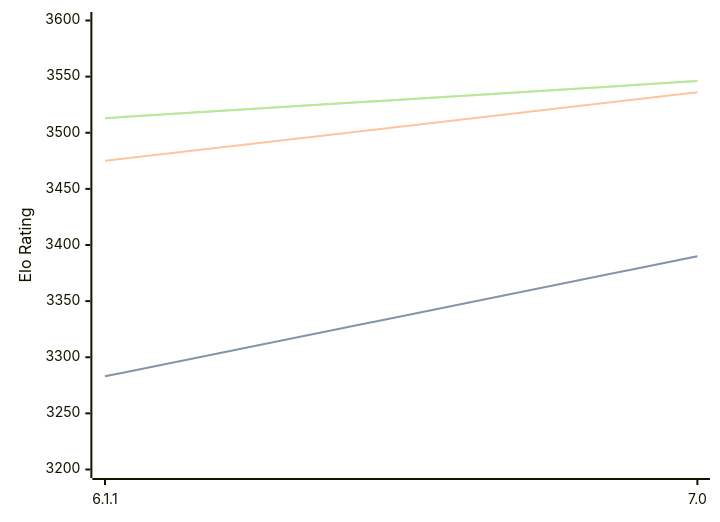
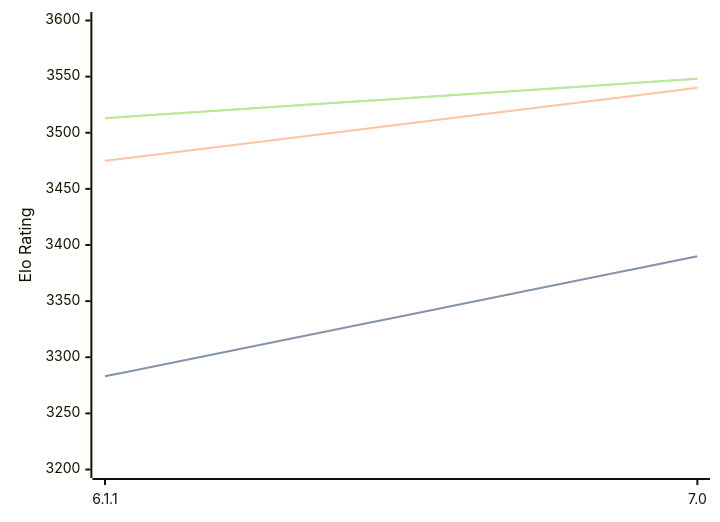
Before and after one commit to computer-chess-index/cci: the diagram in engines/Astra.md, drawn with Mermaid. The commit also changed other lines of this file, not shown here.

Commit message:
Update CCI Ratings (ELO VLTC) - 2026-08-29

````diff
--- a/engines/Astra.md
+++ b/engines/Astra.md
@@ -32,11 +32,11 @@
 ```mermaid
 %%{init: {"theme":"base","themeVariables":{"seriesColors:['#a3a3a3','#222221','#faa371']}}}%%
 xychart-beta
   x-axis ["6.1.1", "7.0"]
   y-axis "Elo Rating" 3200 --> 3600
   line "" [3283, 3390]
   line "STC (8.0+0.08s)" [3283, 3390]
-  line "LTC (60.0+0.60s)" [3475, 3536]
-  line "" [3513, 3546]
-  line "VLTC (2m24s+1.12s)" [3513, 3546]
+  line "LTC (60.0+0.60s)" [3475, 3540]
+  line "" [3513, 3548]
+  line "VLTC (2m24s+1.12s)" [3513, 3548]
 ```
````
